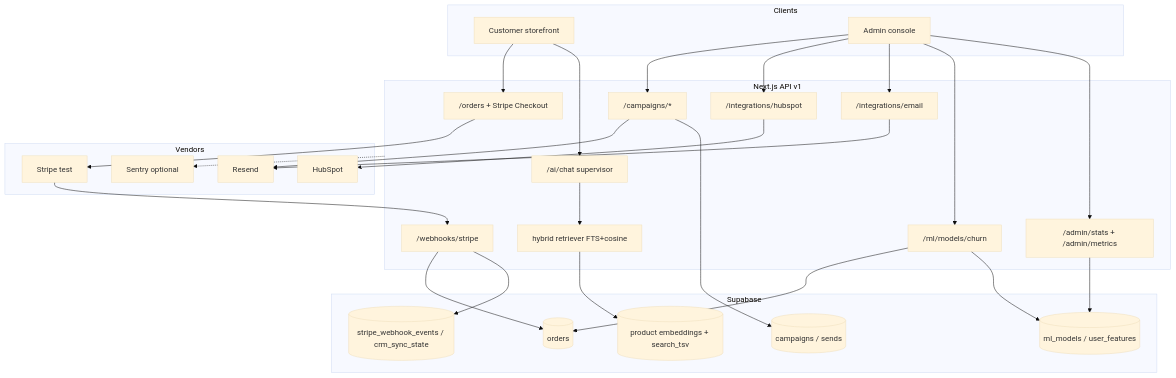
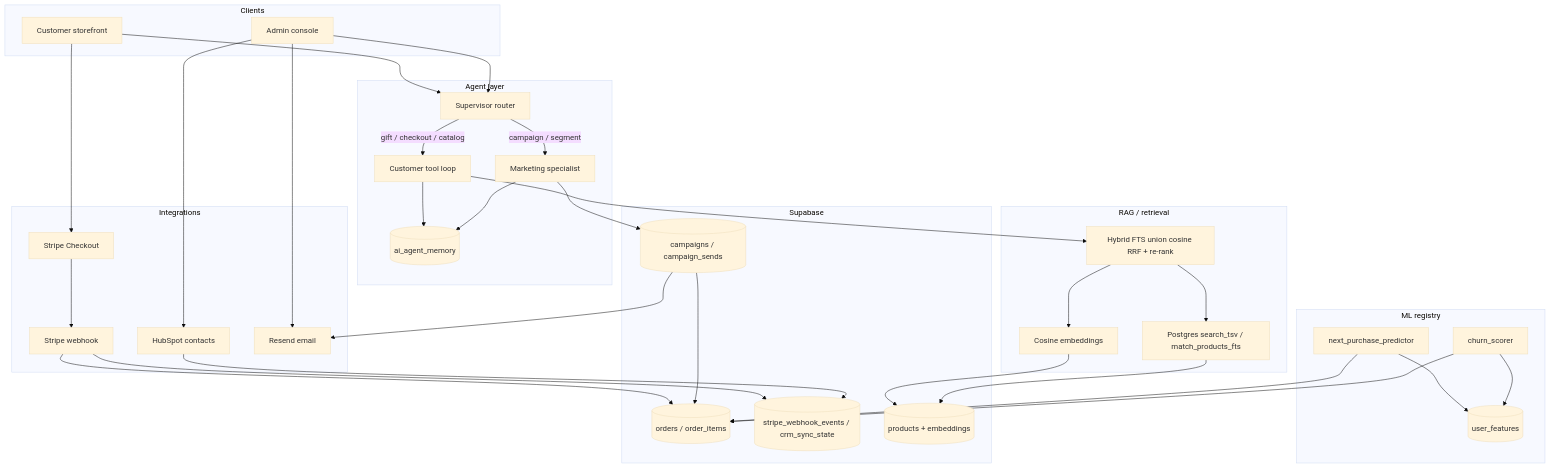
Before and after one commit to nikhilkumarsjinnovation/shopspheres: the diagram in scripts/eval/assessment-3-report.md, drawn with Mermaid (base theme). The commit also changed other lines of this file and 1 other file, not shown here.

````diff
--- a/scripts/eval/assessment-3-report.md
+++ b/scripts/eval/assessment-3-report.md
@@ -14,57 +29,68 @@
 ```mermaid
 flowchart TB
   subgraph clients [Clients]
-    Storefront[Customer storefront]
-    AdminUI[Admin console]
+    Store[Customer storefront]
+    Admin[Admin console]
   end
 
-  subgraph api [Next.js API v1]
-    Orders["/orders + Stripe Checkout"]
-    StripeWH["/webhooks/stripe"]
-    HubSpot["/integrations/hubspot"]
-    Email["/integrations/email"]
-    Campaigns["/campaigns/*"]
-    AIChat["/ai/chat supervisor"]
-    RAG["hybrid retriever FTS+cosine"]
-    ChurnAPI["/ml/models/churn"]
-    Metrics["/admin/stats + /admin/metrics"]
+  subgraph agents [Agent layer]
+    Super[Supervisor router]
+    Cust[Customer tool loop]
+    Mkt[Marketing specialist]
+    Mem[(ai_agent_memory)]
+  end
+
+  subgraph integrations [Integrations]
+    StripeOut[Stripe Checkout]
+    StripeIn[Stripe webhook]
+    HubSpot[HubSpot contacts]
+    Resend[Resend email]
+  end
+
+  subgraph rag [RAG / retrieval]
+    Hybrid[Hybrid FTS union cosine RRF + re-rank]
+    Cosine[Cosine embeddings]
+    FTS[Postgres search_tsv / match_products_fts]
+  end
+
+  subgraph ml [ML registry]
+    NextP[next_purchase_predictor]
+    Churn[churn_scorer]
+    UF[(user_features)]
   end
 
   subgraph data [Supabase]
-    OrdersDB[(orders)]
-    CampaignsDB[(campaigns / sends)]
-    ML[(ml_models / user_features)]
-    Embed[(product embeddings + search_tsv)]
+    Orders[(orders / order_items)]
+    Camp[(campaigns / campaign_sends)]
     Events[(stripe_webhook_events / crm_sync_state)]
+    Products[(products + embeddings)]
   end
 
-  subgraph vendors [Vendors]
-    Stripe[Stripe test]
-    Resend[Resend]
-    HS[HubSpot]
-    Sentry[Sentry optional]
-  end
+  Store --> Super
+  Admin --> Super
+  Super -->|gift / checkout / catalog| Cust
+  Super -->|campaign / segment| Mkt
+  Cust --> Mem
+  Mkt --> Mem
+  Cust --> Hybrid
+  Hybrid --> Cosine
+  Hybrid --> FTS
+  Cosine --> Products
+  FTS --> Products
 
-  Storefront --> Orders
-  Storefront --> AIChat
-  AdminUI --> Campaigns
-  AdminUI --> HubSpot
-  AdminUI --> Email
-  AdminUI --> ChurnAPI
-  AdminUI --> Metrics
+  Store --> StripeOut
+  StripeOut --> StripeIn
+  StripeIn --> Orders
+  StripeIn --> Events
+  Admin --> HubSpot
+  Admin --> Resend
+  HubSpot --> Events
+  Mkt --> Camp
+  Camp --> Resend
+  Camp --> Orders
 
-  Orders --> Stripe
-  Stripe --> StripeWH
-  StripeWH --> OrdersDB
-  StripeWH --> Events
-  HubSpot --> HS
-  Email --> Resend
-  Campaigns --> Resend
-  Campaigns --> CampaignsDB
-  AIChat --> RAG
-  RAG --> Embed
-  ChurnAPI --> OrdersDB
-  ChurnAPI --> ML
-  Metrics --> ML
-  api -.-> Sentry
+  NextP --> Orders
+  Churn --> Orders
+  NextP --> UF
+  Churn --> UF
 ```
````
